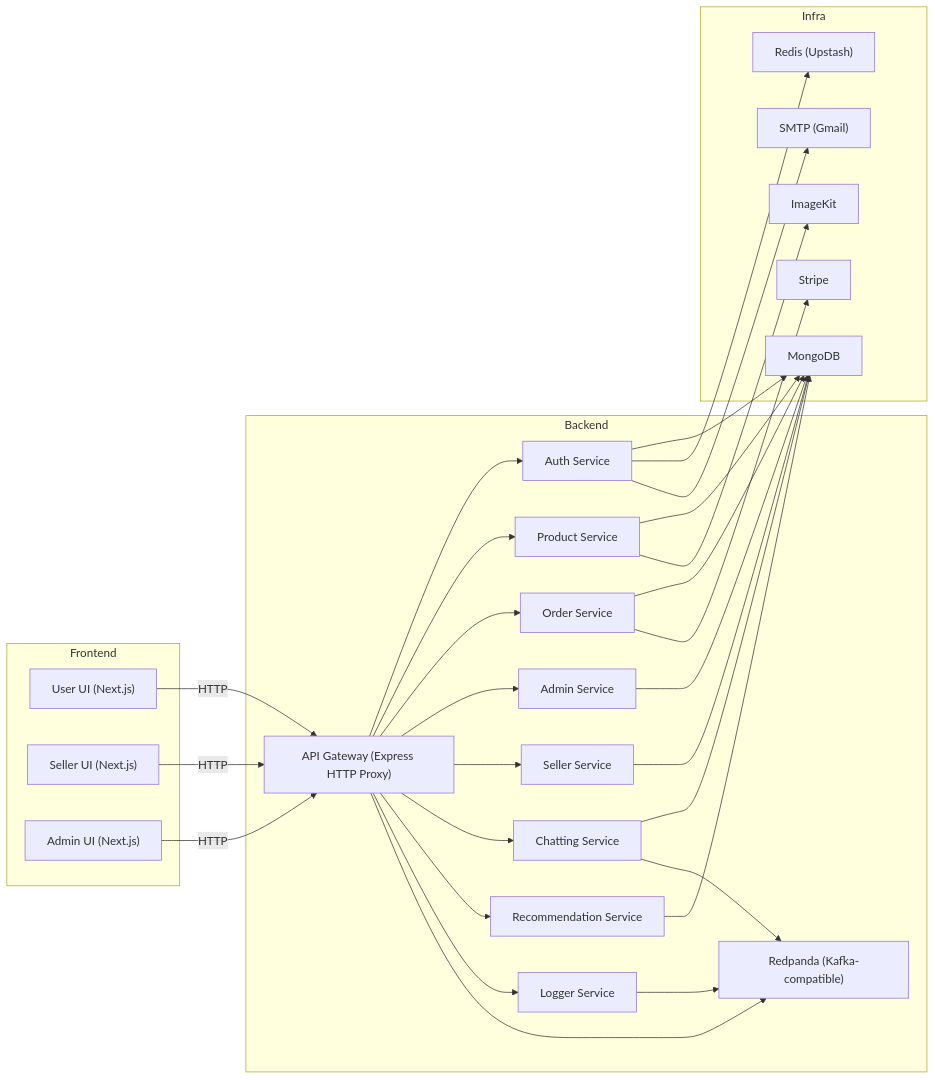
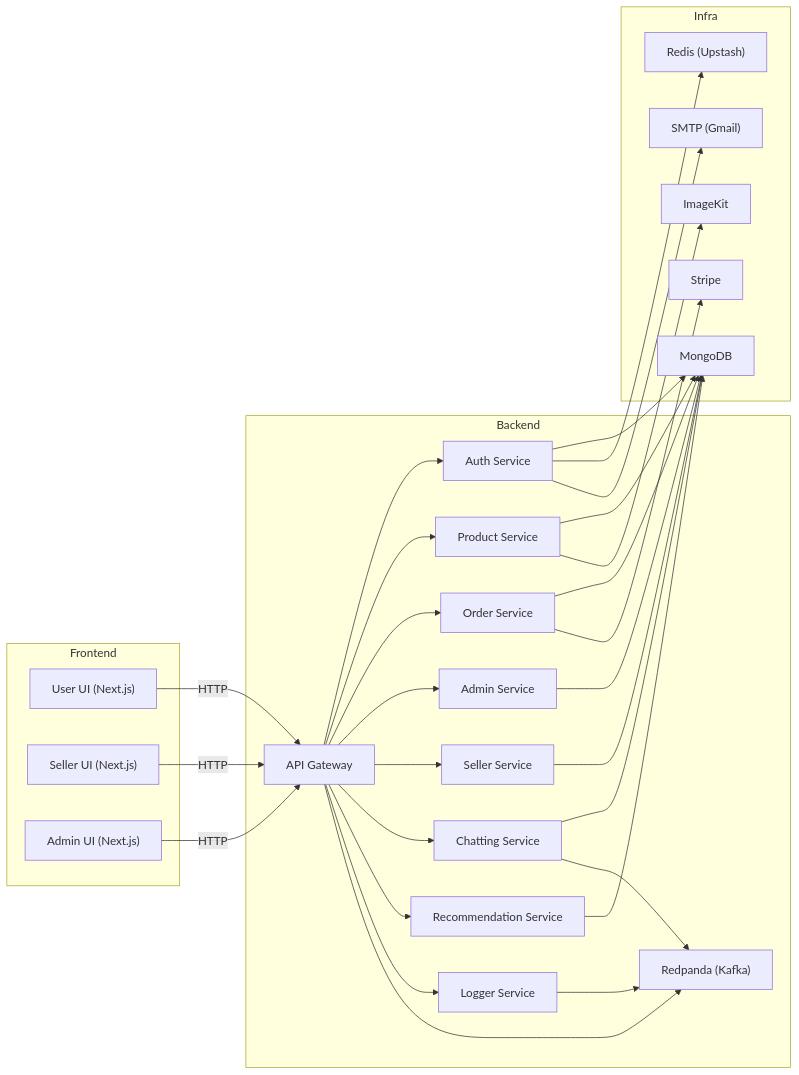
One commit to Ahmedabdelaziz77/ZShop changed the first of 6 diagrams in README.md. Above: the diagram before and after it, drawn with Mermaid. The commit also changed other lines of this file, not shown here.

````diff
--- a/README.md
+++ b/README.md
@@ -74,59 +67,59 @@
 ```mermaid
-  flowchart LR
-    subgraph Frontend
-      UUI["User UI (Next.js)"]
-      SUI["Seller UI (Next.js)"]
-      AUI["Admin UI (Next.js)"]
-    end
-  
-    subgraph Backend
-      APIGW["API Gateway (Express HTTP Proxy)"]
-      AUTH["Auth Service"]
-      PROD["Product Service"]
-      ORDER["Order Service"]
-      ADMIN["Admin Service"]
-      SELLER["Seller Service"]
-      CHAT["Chatting Service"]
-      RECO["Recommendation Service"]
-      LOG["Logger Service"]
-      KAFKA["Redpanda (Kafka-compatible)"]
-    end
-  
-    subgraph Infra
-      MONGO["MongoDB"]
-      REDIS["Redis (Upstash)"]
-      STRIPE["Stripe"]
-      SMTP["SMTP (Gmail)"]
-      IMG["ImageKit"]
-    end
-  
-    UUI -->|HTTP| APIGW
-    SUI -->|HTTP| APIGW
-    AUI -->|HTTP| APIGW
-  
-    APIGW --> AUTH
-    APIGW --> PROD
-    APIGW --> ORDER
-    APIGW --> ADMIN
-    APIGW --> SELLER
-    APIGW --> CHAT
-    APIGW --> RECO
-    APIGW --> LOG
-  
-    AUTH --> MONGO
-    PROD --> MONGO
-    ORDER --> MONGO
-    ADMIN --> MONGO
-    SELLER --> MONGO
-    CHAT --> MONGO
-    RECO --> MONGO
-  
-    AUTH --> REDIS
-    ORDER --> STRIPE
-    PROD --> IMG
-    APIGW --> KAFKA
-    CHAT --> KAFKA
-    LOG --> KAFKA
-  
-    AUTH --> SMTP
+flowchart LR
+  subgraph Frontend
+    UUI["User UI (Next.js)"]
+    SUI["Seller UI (Next.js)"]
+    AUI["Admin UI (Next.js)"]
+  end
+
+  subgraph Backend
+    APIGW["API Gateway"]
+    AUTH["Auth Service"]
+    PROD["Product Service"]
+    ORDER["Order Service"]
+    ADMIN["Admin Service"]
+    SELLER["Seller Service"]
+    CHAT["Chatting Service"]
+    RECO["Recommendation Service"]
+    LOG["Logger Service"]
+    KAFKA["Redpanda (Kafka)"]
+  end
+
+  subgraph Infra
+    MONGO["MongoDB"]
+    REDIS["Redis (Upstash)"]
+    STRIPE["Stripe"]
+    SMTP["SMTP (Gmail)"]
+    IMG["ImageKit"]
+  end
+
+  UUI -->|HTTP| APIGW
+  SUI -->|HTTP| APIGW
+  AUI -->|HTTP| APIGW
+
+  APIGW --> AUTH
+  APIGW --> PROD
+  APIGW --> ORDER
+  APIGW --> ADMIN
+  APIGW --> SELLER
+  APIGW --> CHAT
+  APIGW --> RECO
+  APIGW --> LOG
+
+  AUTH --> MONGO
+  PROD --> MONGO
+  ORDER --> MONGO
+  ADMIN --> MONGO
+  SELLER --> MONGO
+  CHAT --> MONGO
+  RECO --> MONGO
+
+  AUTH --> REDIS
+  ORDER --> STRIPE
+  PROD --> IMG
+  APIGW --> KAFKA
+  CHAT --> KAFKA
+  LOG --> KAFKA
+
+  AUTH --> SMTP
 ```
````
